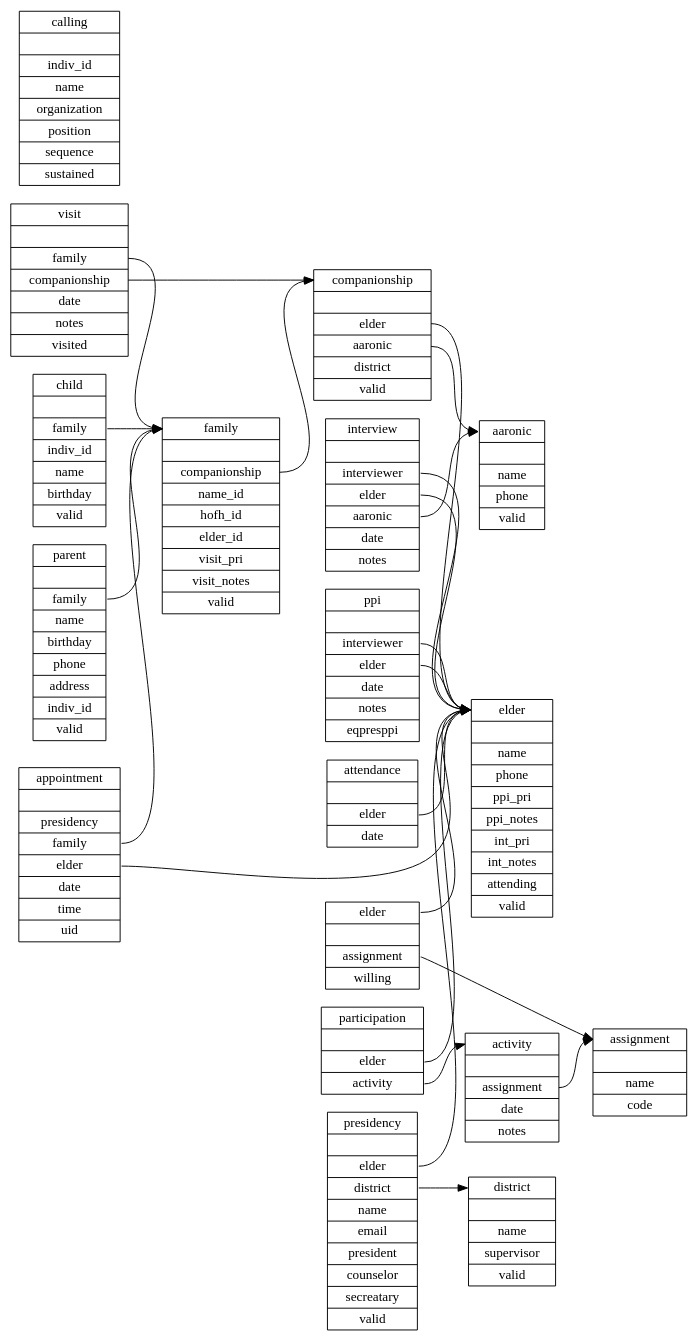
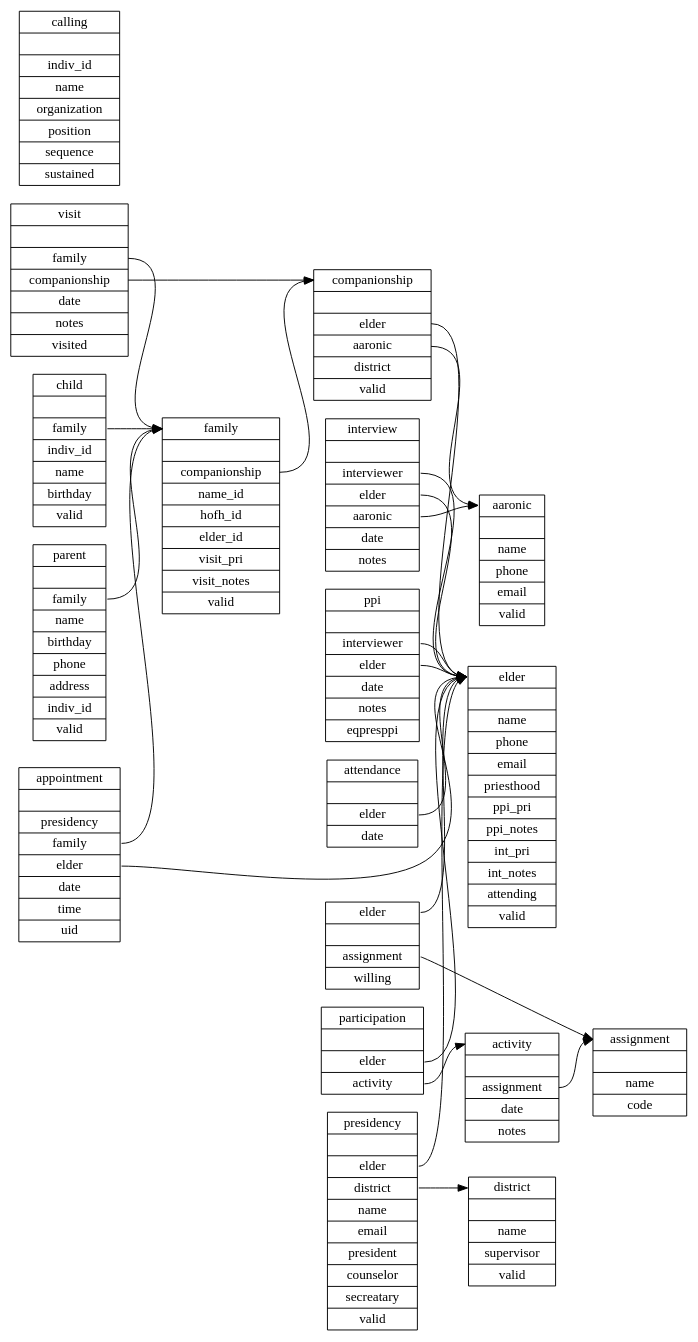
One commit to apippin/tc changed the diagram in sql/schema.dot. Above: the diagram before and after it, drawn with Graphviz. The commit also changed 4 other files, not shown here.

Commit message:
Added email field to eq_aaronic Added priesthood field to eq_elder Added prospective elders to eq_elder during import of data and set the priesthood field  (this way they are included in attendance, ppi's, etc)

```diff
--- a/sql/schema.dot
+++ b/sql/schema.dot
@@ -1,110 +1,110 @@
 digraph schema {
   graph [
     rankdir = "LR"
   ];
   family   [
     label = "<f> family||<c> companionship|<n> name_id|<i> hofh_id|<e> elder_id|<vp> visit_pri|<vn> visit_notes|<v> valid"
     shape = "record"
   ];
   elder   [
-    label = "<e> elder||<n> name|<p> phone|<pp> ppi_pri|<t> ppi_notes|<ip> int_pri|<in> int_notes|<a> attending|<v> valid"
+    label = "<e> elder||<n> name|<p> phone|<em> email|<po> priesthood|<pp> ppi_pri|<t> ppi_notes|<ip> int_pri|<in> int_notes|<a> attending|<v> valid"
     shape = "record"
   ];
   companionship   [
     label = "<c> companionship||<e> elder|<a> aaronic|<d> district|<v> valid"
     shape = "record"
   ];
   visit   [
     label = "<v> visit||<f> family|<c> companionship|<t> date|<n> notes|<v> visited"
     shape = "record"
   ];
   ppi   [
     label = "<p> ppi||<i> interviewer|<e> elder|<t> date|<n> notes|<p> eqpresppi"
     shape = "record"
   ];
   activity   [
     label = "<a> activity||<s> assignment|<t> date|<n> notes"
     shape = "record"
   ];
   participation   [
     label = "participation||<e> elder|<a> activity"
     shape = "record"
   ];
   attendance   [
     label = "attendance||<e> elder|<d> date"
     shape = "record"
   ];
   child	[
     label = "<c> child||<f> family|<i> indiv_id|<n> name|<b> birthday|<v> valid"
     shape = "record"
   ]; 
   parent	[
     label = "<p> parent||<f> family|<n> name|<b> birthday|<p> phone|<a> address|<i>indiv_id|<v> valid"
     shape = "record"
   ]; 
   aaronic       [
-    label = "<a> aaronic||<n> name|<p> phone|<v> valid"
+    label = "<a> aaronic||<n> name|<p> phone|<em> email|<v> valid"
     shape = "record"
   ];
   appointment   [
     label = "<a> appointment||<p> presidency|<f> family|<e> elder |<d> date|<t> time|<u> uid"
     shape = "record"
   ];
   assignment    [
     label = "<a> assignment||<n> name|<c> code"
     shape = "record"
   ];
   calling       [
     label = "calling||<i> indiv_id|<n> name|<o> organization|<p> position|<s> sequence|<t> sustained"
     shape = "record"
   ];
   district      [
     label = "<d> district||<n> name|<s> supervisor|<v> valid"
     shape = "record"
   ];
   interview     [
     label = "<i> interview||<in> interviewer|<e> elder|<a> aaronic|<d> date|<n> notes"
     shape = "record"
   ];
   presidency    [
     label = "<p> presidency||<e> elder|<d> district|<n> name|<em> email|<pr> president|<cn> counselor|<sec> secreatary|<v> valid"
     shape = "record"
   ];
   willingness   [
     label = "<e> elder||<a> assignment|<w> willing"
     shape = "record"
   ];
 
   family:c        -> companionship:c
   companionship:e -> elder:e
   companionship:a -> aaronic:a
 
   appointment:e   -> elder:e
   appointment:f   -> family:f
 
   interview:e     -> elder:e
   interview:in    -> elder:e
   interview:a     -> aaronic:a
 
   presidency:e    -> elder:e
   presidency:d    -> district:d
 
   willingness:e   -> elder:e
   willingness:a   -> assignment:a
 
   activity:s      -> assignment:a
 
   visit:c         -> companionship:c
   visit:f         -> family:f
 
   ppi:i           -> elder:e
   ppi:e           -> elder:e
 
   participation:e -> elder:e
   participation:a -> activity:a
 
   attendance:e    -> elder:e
 
   child:f         -> family:f
   parent:f        -> family:f
 }
```
